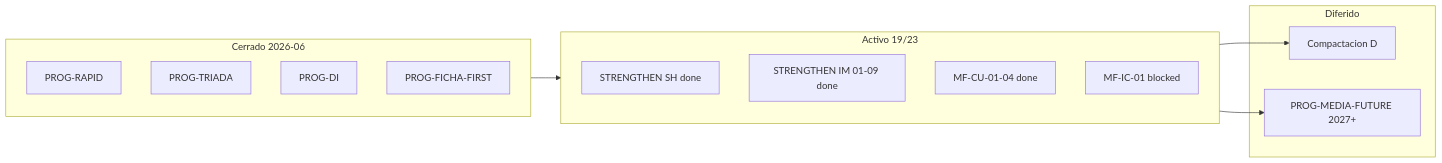
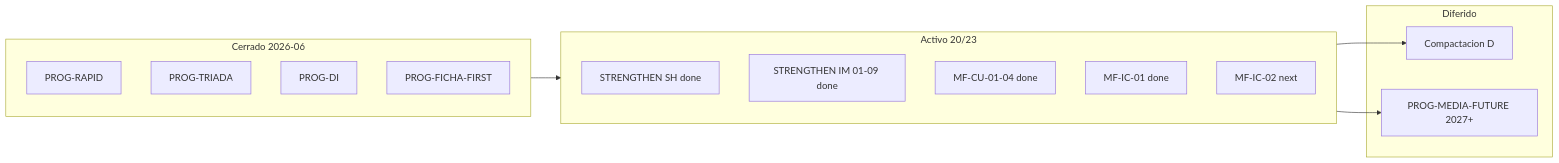
One commit to gabriel2320/epis2 changed the diagram in reports/epis2-plan-desarrollo-unificado-2026-06-14.md. Above: the diagram before and after it, drawn with Mermaid. The commit also changed other lines of this file and 5 other files, not shown here.

````diff
--- a/reports/epis2-plan-desarrollo-unificado-2026-06-14.md
+++ b/reports/epis2-plan-desarrollo-unificado-2026-06-14.md
@@ -97,22 +98,23 @@
 ```mermaid
 flowchart LR
   subgraph cerrado [Cerrado 2026-06]
     R[PROG-RAPID]
     T[PROG-TRIADA]
     DI[PROG-DI]
     FF[PROG-FICHA-FIRST]
   end
-  subgraph activo [Activo 19/23]
+  subgraph activo [Activo 20/23]
     SH[STRENGTHEN SH done]
     IM[STRENGTHEN IM 01-09 done]
     CU[MF-CU-01-04 done]
-    IC[MF-IC-01 blocked]
+    IC1[MF-IC-01 done]
+    IC2[MF-IC-02 next]
   end
   subgraph diferido [Diferido]
     D[Compactacion D]
     M[PROG-MEDIA-FUTURE 2027+]
   end
   cerrado --> activo
   activo --> D
   activo --> M
 ```
````
